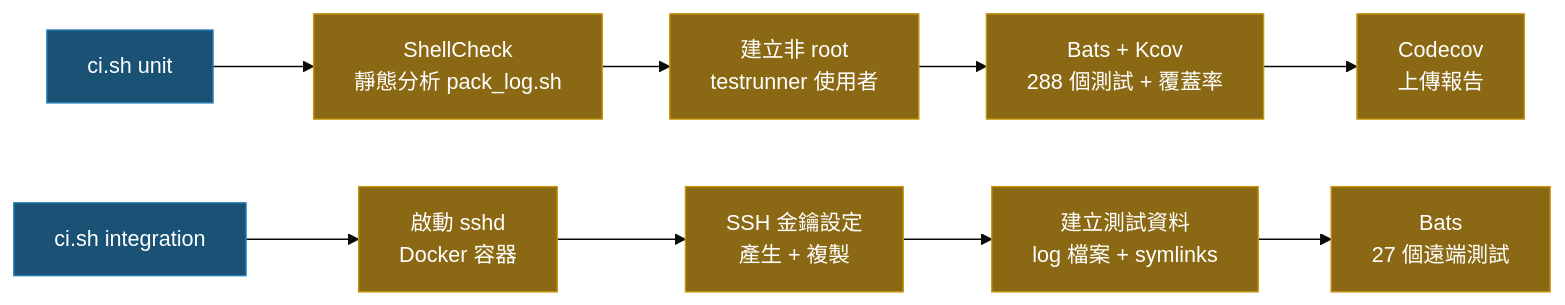
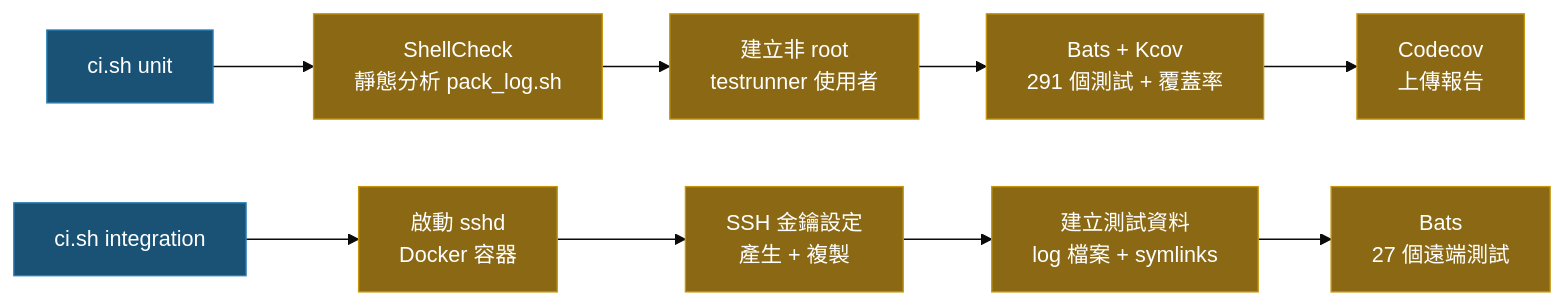
Before and after one commit to ycpss91255/pack_log: the diagram in doc/TEST.zh-TW.md, drawn with Mermaid (base theme). The commit also changed other lines of this file and 8 other files, not shown here.

````diff
--- a/doc/TEST.zh-TW.md
+++ b/doc/TEST.zh-TW.md
@@ -85,15 +86,15 @@
 ```mermaid
 graph LR
     S["ci.sh unit"]:::entry --> SC["ShellCheck\n靜態分析 pack_log.sh"]:::step
     SC --> USER["建立非 root\ntestrunner 使用者"]:::step
-    USER --> BT["Bats + Kcov\n288 個測試 + 覆蓋率"]:::step
+    USER --> BT["Bats + Kcov\n291 個測試 + 覆蓋率"]:::step
     BT --> CC["Codecov\n上傳報告"]:::step
 
     S2["ci.sh integration"]:::entry --> SSHD["啟動 sshd\nDocker 容器"]:::step
     SSHD --> KEY["SSH 金鑰設定\n產生 + 複製"]:::step
     KEY --> DATA["建立測試資料\nlog 檔案 + symlinks"]:::step
     DATA --> IT["Bats\n27 個遠端測試"]:::step
 
     classDef entry fill:#1a5276,color:#fff,stroke:#2980b9
     classDef step fill:#8B6914,color:#fff,stroke:#c8960c
 ```
````
